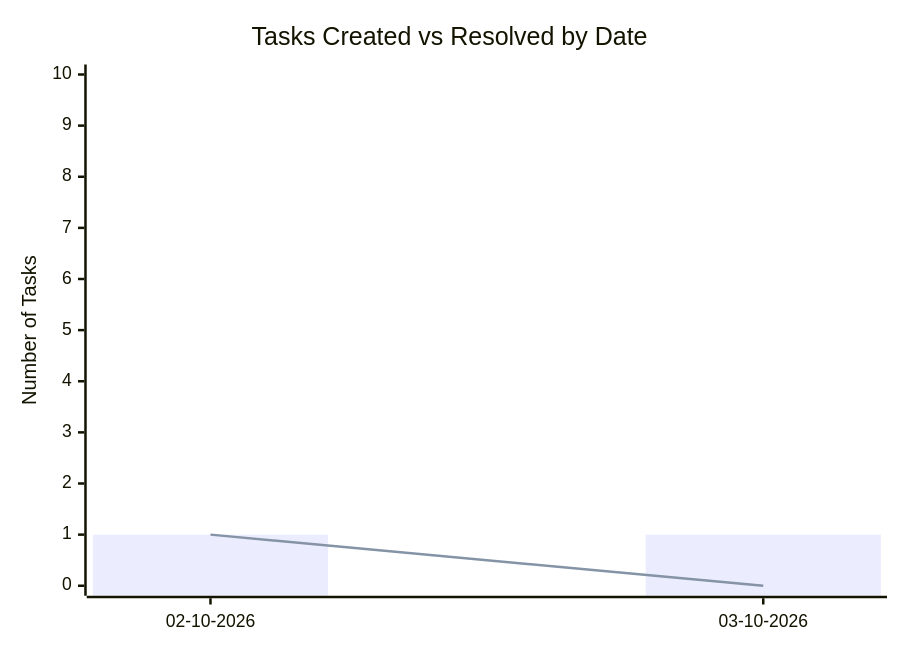
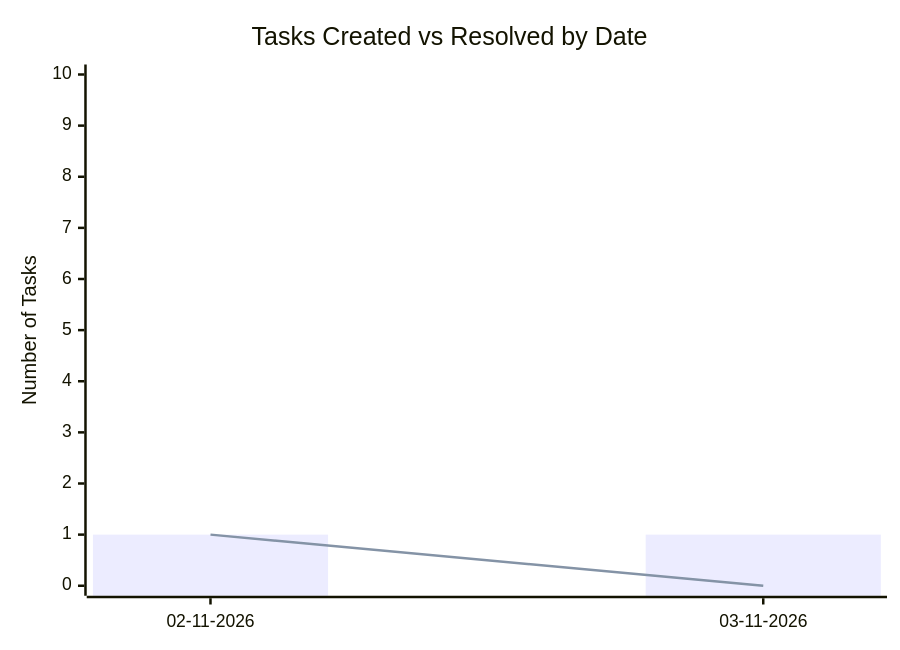
Before and after one commit to sagarms97/MyWorkDairy: the second of 2 diagrams in Staff_Establishment_HR/Analytics.md, drawn with Mermaid. The commit also changed other lines of this file and 5 other files, not shown here.

````diff
--- a/Staff_Establishment_HR/Analytics.md
+++ b/Staff_Establishment_HR/Analytics.md
@@ -25,8 +25,8 @@
 ```mermaid
 xychart-beta
     title "Tasks Created vs Resolved by Date"
-    x-axis ["02-10-2026", "03-10-2026"]
+    x-axis ["02-11-2026", "03-11-2026"]
     y-axis "Number of Tasks" 0 --> 10
     bar [1, 1]
     line [1, 0]
 ```
````
